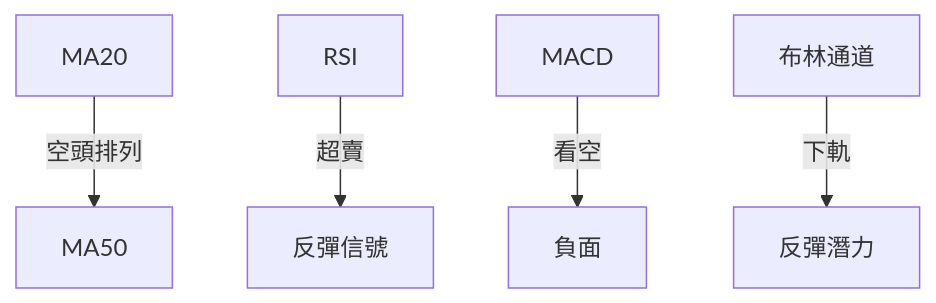
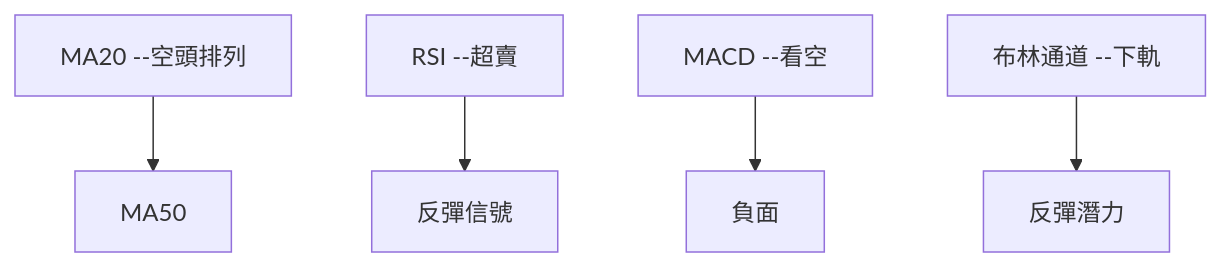
The fifth of 11 diagrams in ai_gen_report/stock/sofi/technical_analysis_2026-03-28_openai.md (yennanliu/finance_data), drawn with Mermaid before and after one commit. The commit also changed other lines of this file and 2258 other files, not shown here.

First line of the commit message:
chore: backfill Mermaid syntax repair across existing reports

````diff
--- a/ai_gen_report/stock/sofi/technical_analysis_2026-03-28_openai.md
+++ b/ai_gen_report/stock/sofi/technical_analysis_2026-03-28_openai.md
@@ -221,7 +221,7 @@
 ```mermaid
 graph TD
-    MA20 --空頭排列--> MA50
-    RSI --超賣--> 反彈信號
-    MACD --看空--> 負面
-    布林通道 --下軌--> 反彈潛力
+    nb1["MA20 --空頭排列"] --> MA50
+    nb2["RSI --超賣"] --> 反彈信號
+    nb3["MACD --看空"] --> 負面
+    nb4["布林通道 --下軌"] --> 反彈潛力
 ```
````
